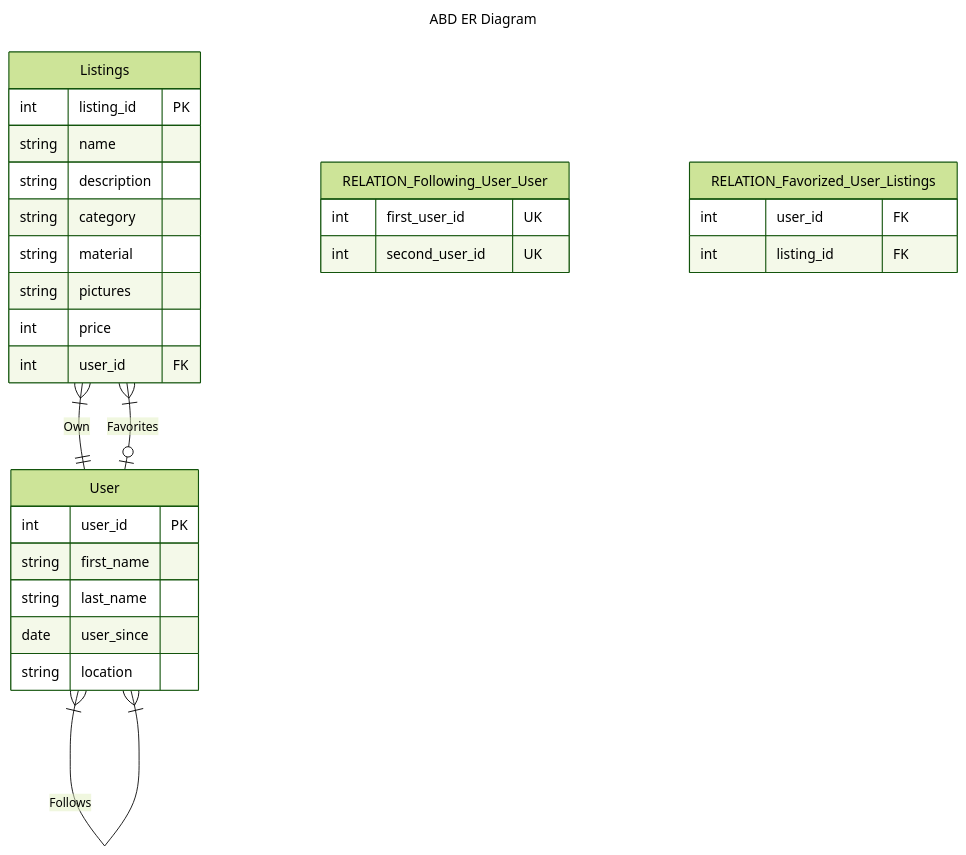
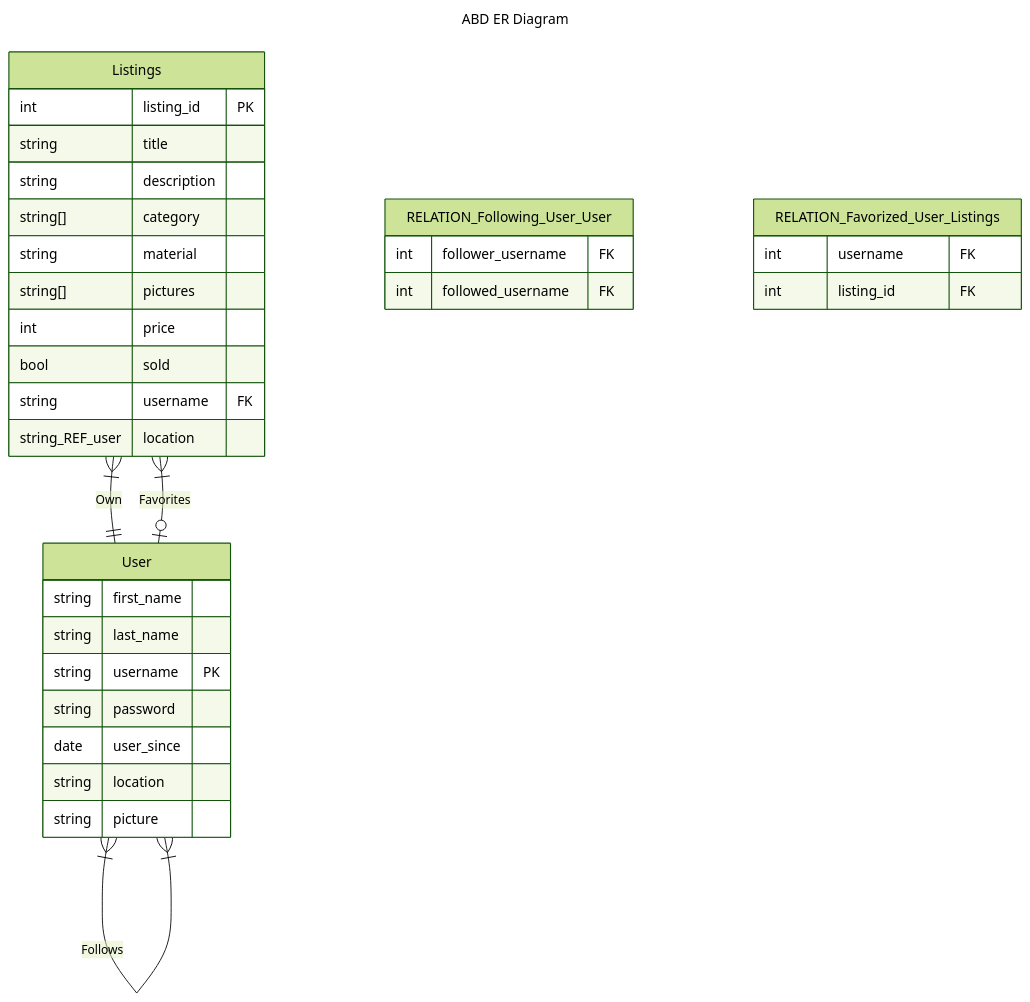
The diagram in README.md (Nidocq/ABD_DIS-Projekt), drawn with Mermaid (forest theme) before and after one commit.

Commit message:
corrected README.md

````diff
--- a/README.md
+++ b/README.md
@@ -11,37 +11,42 @@
 ```mermaid
 ---
 title: ABD ER Diagram
 ---
 erDiagram
 	Listings {
 		int listing_id PK
-		string name
+		string title
 		string description
-		string category
+		string[] category
 		string material
-		string pictures
+		string[] pictures
 		int price
-		int user_id FK
+		bool sold
+		string username FK
+		string_REF_user location 
 	}
 	User {
-		int user_id PK
 		string first_name
 		string last_name
+		string username PK
+		string password 
 		date user_since
 		string location
+		string picture
+
 	}
 
 	RELATION_Following_User_User {
-		int first_user_id UK
-		int second_user_id UK
+		int follower_username FK
+		int followed_username FK
 	}
 
 	RELATION_Favorized_User_Listings {
-		int user_id FK
+		int username FK
 		int listing_id FK
 	}
 
 	Listings }|--|| User : Own
 	User }|--|{ User : Follows
-	User |o--|{ Listings : Favorites 
+	User |o--|{ Listings : Favorites
 ```
````
